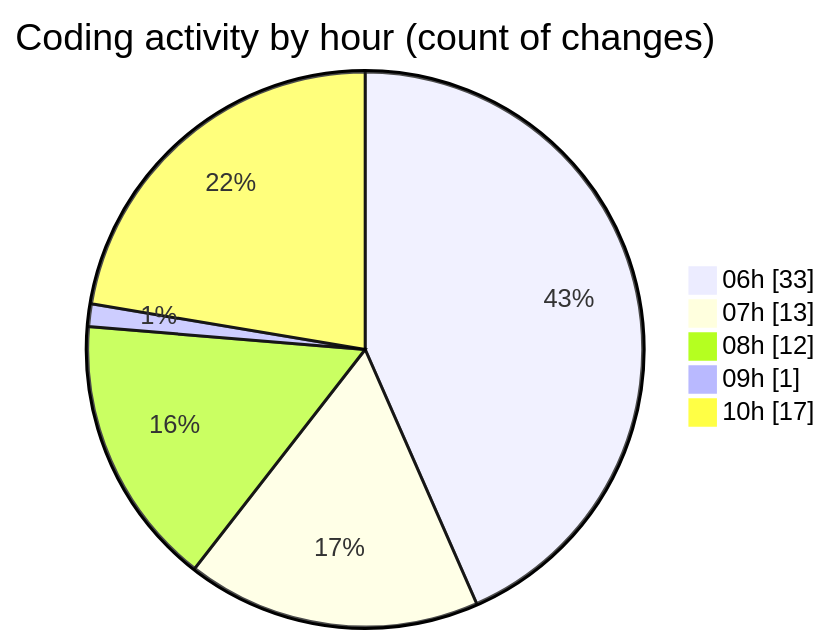
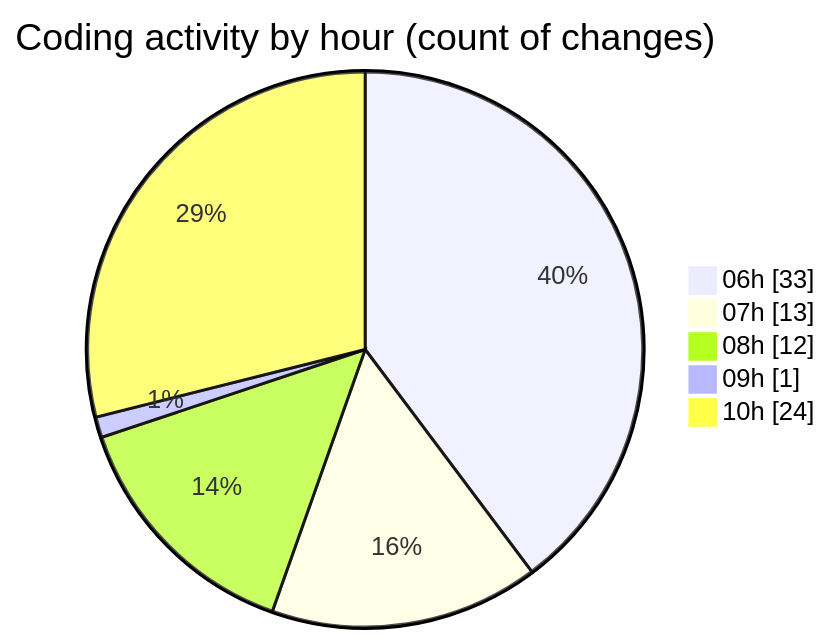
Before and after one commit to charlie-sans/code-tracking: the second of 2 diagrams in 2025-02-21/micros/README.md, drawn with Mermaid. The commit also changed other lines of this file and 1 other file, not shown here.

````diff
--- a/2025-02-21/micros/README.md
+++ b/2025-02-21/micros/README.md
@@ -70,9 +74,9 @@
 ```mermaid
 pie showData
 title Coding activity by hour (count of changes)
 "06h" : 33
 "07h" : 13
 "08h" : 12
 "09h" : 1
-"10h" : 17
+"10h" : 24
 ```
````
